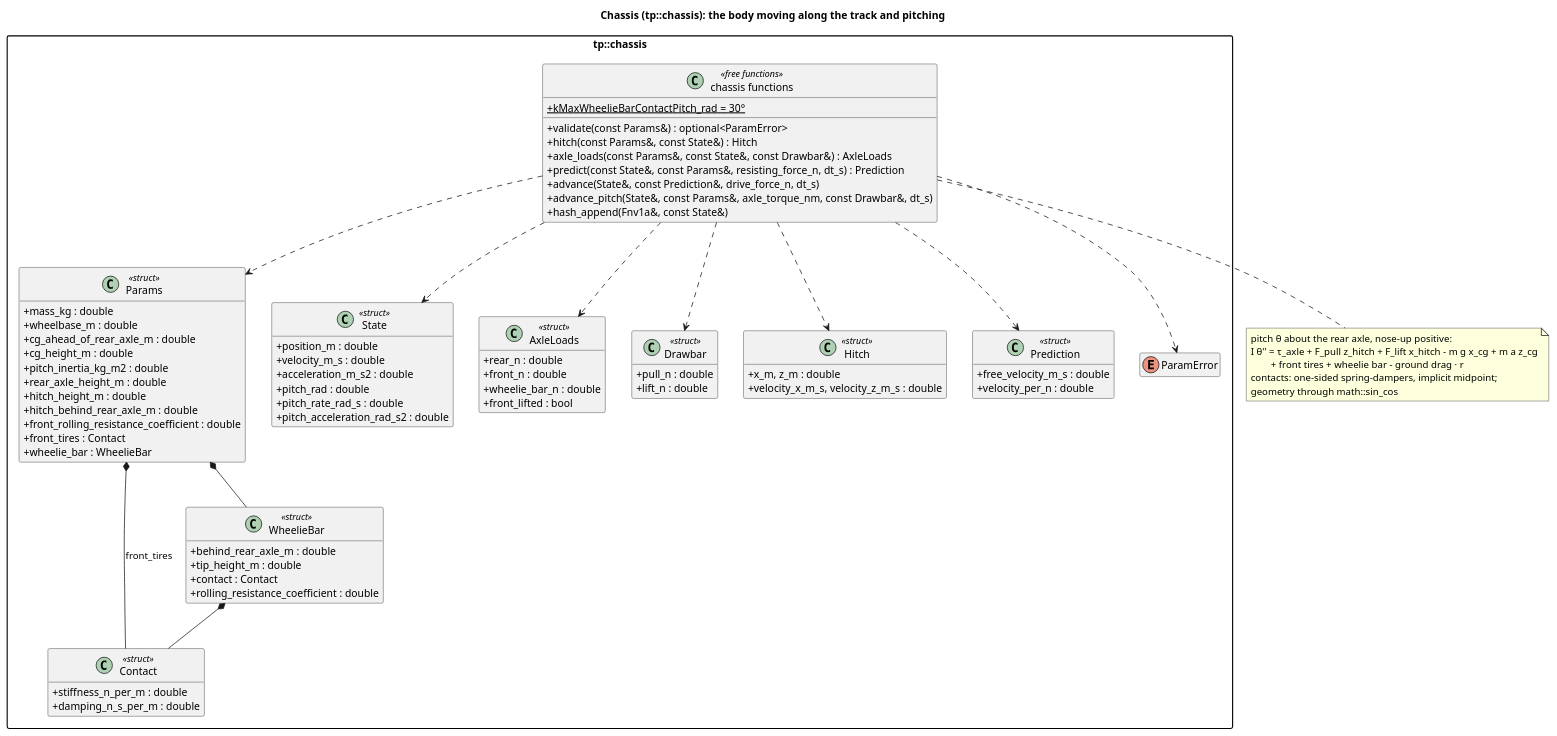
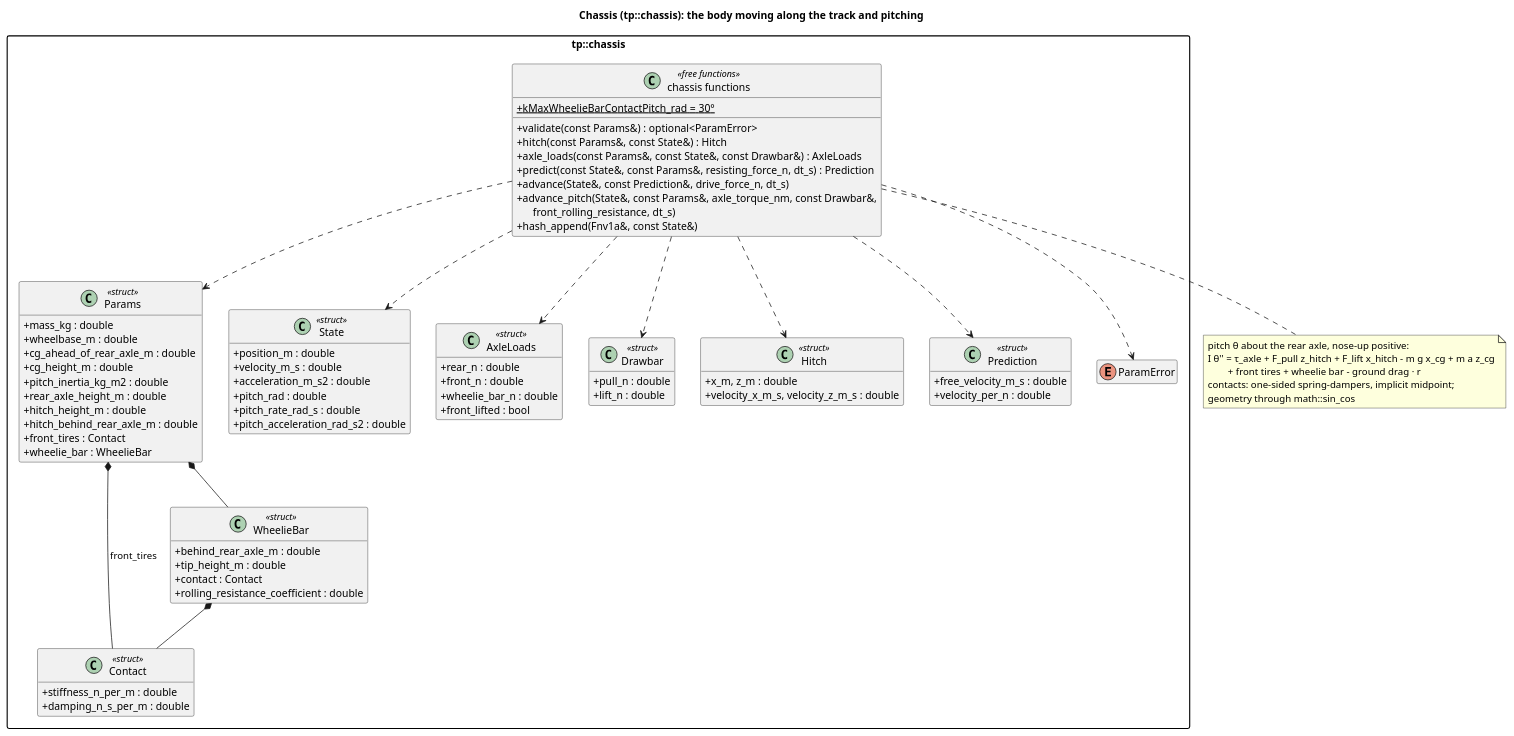
The diagram in docs/diagrams/chassis_classes.puml (wversteeg/TractorPulling), drawn with PlantUML before and after one commit. The commit also changed 52 other files, not shown here.

```diff
--- a/docs/diagrams/chassis_classes.puml
+++ b/docs/diagrams/chassis_classes.puml
@@ -1,86 +1,85 @@
 @startuml chassis_classes
 title Chassis (tp::chassis): the body moving along the track and pitching
 hide empty members
 skinparam packageStyle rectangle
 skinparam classAttributeIconSize 0
 
 package "tp::chassis" {
   class Params <<struct>> {
     +mass_kg : double
     +wheelbase_m : double
     +cg_ahead_of_rear_axle_m : double
     +cg_height_m : double
     +pitch_inertia_kg_m2 : double
     +rear_axle_height_m : double
     +hitch_height_m : double
     +hitch_behind_rear_axle_m : double
-    +front_rolling_resistance_coefficient : double
     +front_tires : Contact
     +wheelie_bar : WheelieBar
   }
   class Contact <<struct>> {
     +stiffness_n_per_m : double
     +damping_n_s_per_m : double
   }
   class WheelieBar <<struct>> {
     +behind_rear_axle_m : double
     +tip_height_m : double
     +contact : Contact
     +rolling_resistance_coefficient : double
   }
   class State <<struct>> {
     +position_m : double
     +velocity_m_s : double
     +acceleration_m_s2 : double
     +pitch_rad : double
     +pitch_rate_rad_s : double
     +pitch_acceleration_rad_s2 : double
   }
   class AxleLoads <<struct>> {
     +rear_n : double
     +front_n : double
     +wheelie_bar_n : double
     +front_lifted : bool
   }
   class Drawbar <<struct>> {
     +pull_n : double
     +lift_n : double
   }
   class Hitch <<struct>> {
     +x_m, z_m : double
     +velocity_x_m_s, velocity_z_m_s : double
   }
   class Prediction <<struct>> {
     +free_velocity_m_s : double
     +velocity_per_n : double
   }
   enum ParamError
   class "chassis functions" as ChassisFns <<free functions>> {
     +{static} kMaxWheelieBarContactPitch_rad = 30°
     +validate(const Params&) : optional<ParamError>
     +hitch(const Params&, const State&) : Hitch
     +axle_loads(const Params&, const State&, const Drawbar&) : AxleLoads
     +predict(const State&, const Params&, resisting_force_n, dt_s) : Prediction
     +advance(State&, const Prediction&, drive_force_n, dt_s)
-    +advance_pitch(State&, const Params&, axle_torque_nm, const Drawbar&, dt_s)
+    +advance_pitch(State&, const Params&, axle_torque_nm, const Drawbar&,\n      front_rolling_resistance, dt_s)
     +hash_append(Fnv1a&, const State&)
   }
   Params *-- Contact : front_tires
   Params *-- WheelieBar
   WheelieBar *-- Contact
   ChassisFns ..> Params
   ChassisFns ..> State
   ChassisFns ..> AxleLoads
   ChassisFns ..> Prediction
   ChassisFns ..> Drawbar
   ChassisFns ..> Hitch
   ChassisFns ..> ParamError
 }
 note bottom of ChassisFns
   pitch θ about the rear axle, nose-up positive:
   I θ'' = τ_axle + F_pull z_hitch + F_lift x_hitch - m g x_cg + m a z_cg
           + front tires + wheelie bar - ground drag · r
   contacts: one-sided spring-dampers, implicit midpoint;
   geometry through math::sin_cos
 end note
 @enduml
```
